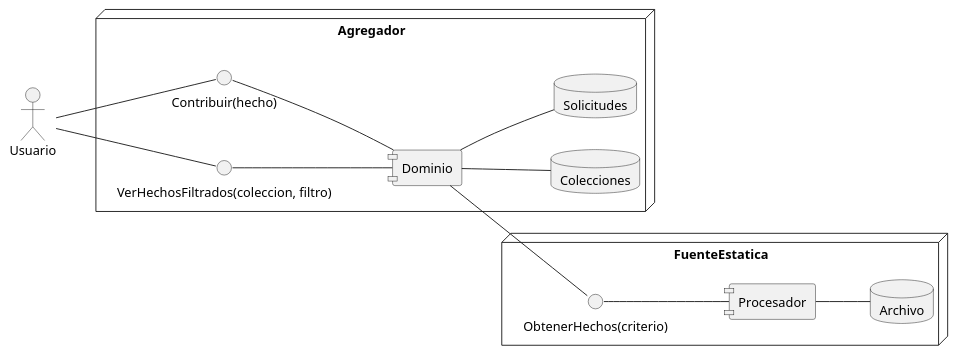
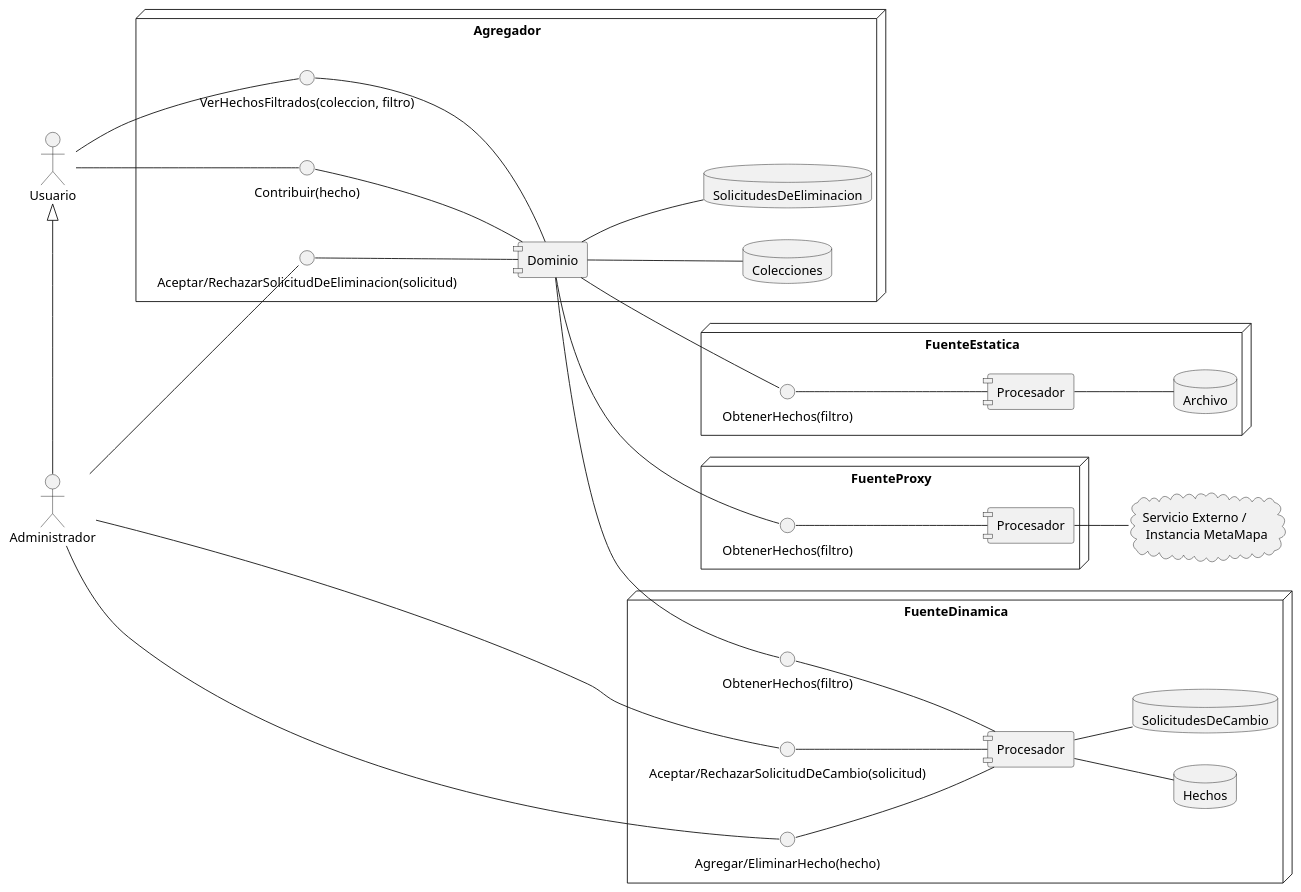
The diagram in diagramas/diagrama-despliegue.puml (lrizzitano/Metamapa), drawn with PlantUML before and after one commit.

Commit message:
actualizo diagrama de despliegue

```diff
--- a/diagramas/diagrama-despliegue.puml
+++ b/diagramas/diagrama-despliegue.puml
@@ -1,39 +1,83 @@
 @startuml
 
 skinparam componentStyle uml1
 
 left to right direction
 
 node "Agregador" {
 
     database Colecciones
-    database Solicitudes
+    database SolicitudesDeEliminacion
 
+    interface "Aceptar/RechazarSolicitudDeEliminacion(solicitud)" as interfazSolicitudesEliminacion
     interface "Contribuir(hecho)"
     interface "VerHechosFiltrados(coleccion, filtro)"
 
     [Dominio] -- Colecciones
-    [Dominio] -- Solicitudes
-    
+    [Dominio] -- SolicitudesDeEliminacion
+    interfazSolicitudesEliminacion -- [Dominio]
+
     "VerHechosFiltrados(coleccion, filtro)" -- [Dominio]
     "Contribuir(hecho)" -- [Dominio]
 }
 
 node "FuenteEstatica" {
 
-    interface "ObtenerHechos(criterio)" as InterfazEstaticos
+    interface "ObtenerHechos(filtro)" as InterfazFuenteEstatica
 
     database Archivo
 
-    InterfazEstaticos -- [Procesador]
-    [Procesador]  -- Archivo
+    [Procesador] as procesadorFuenteEstatica
 
-    [Dominio] -- InterfazEstaticos
+    InterfazFuenteEstatica -- procesadorFuenteEstatica
+    procesadorFuenteEstatica  -- Archivo
+
+    [Dominio] -- InterfazFuenteEstatica
 }
 
- actor "Usuario"
- "Usuario" -- "Contribuir(hecho)"
- "Usuario" -- "VerHechosFiltrados(coleccion, filtro)"
+node "FuenteProxy" {
+    interface "ObtenerHechos(filtro)" as InterfazFuenteProxy
+
+    [Procesador] as procesadorFuenteProxy
+
+    InterfazFuenteProxy -- procesadorFuenteProxy
+    [Dominio] -- InterfazFuenteProxy
+
+}
+
+node "FuenteDinamica" {
+    interface "Aceptar/RechazarSolicitudDeCambio(solicitud)" as interfazSolicitudesCambio
+    interface "Agregar/EliminarHecho(hecho)" as interfazHechos
+    interface "ObtenerHechos(filtro)" as interfazFuenteDinamica
+
+    database Hechos
+    database SolicitudesDeCambio
+
+    [Procesador] as procesadorFuenteDinamica
+
+    interfazFuenteDinamica -- procesadorFuenteDinamica
+    interfazSolicitudesCambio -- procesadorFuenteDinamica
+    interfazHechos -- procesadorFuenteDinamica
+    procesadorFuenteDinamica -- Hechos
+    procesadorFuenteDinamica -- SolicitudesDeCambio
+
+    [Dominio] -- interfazFuenteDinamica
+}
+
+
+
+ cloud "Servicio Externo / \n Instancia MetaMapa" as conexion
+ procesadorFuenteProxy -- conexion
+
+ actor "Usuario" as user
+ user -- "Contribuir(hecho)"
+ user -- "VerHechosFiltrados(coleccion, filtro)"
+
+ Actor "Administrador" as admin
+ user <|- admin
+ admin -- interfazSolicitudesEliminacion
+ admin -- interfazSolicitudesCambio
+ admin -- interfazHechos
 
 
 @enduml
```
